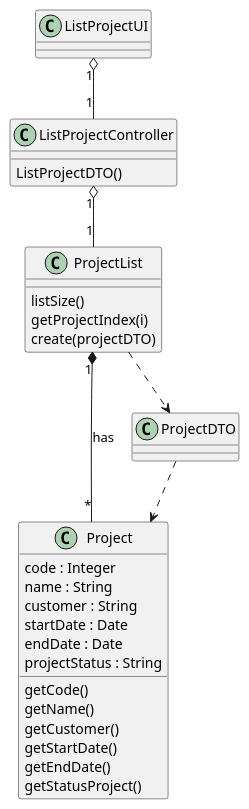
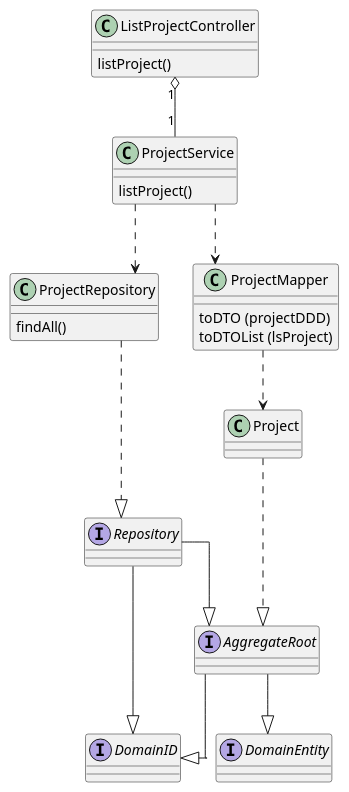
Before and after one commit to ivo-menezes/project_g3: the diagram in docs/modelling_design/user_stories/us015/US015_ListAllProjectsCD.puml, drawn with PlantUML.

Commit message:
US015: Design : Updated CD (addresses #84)

```diff
--- a/docs/modelling_design/user_stories/us015/US015_ListAllProjectsCD.puml
+++ b/docs/modelling_design/user_stories/us015/US015_ListAllProjectsCD.puml
@@ -1,41 +1,48 @@
 @startuml
+skinparam linetype ortho
 
-class ListProjectUI {}
-
-class ListProjectController{
-ListProjectDTO()
+class ListProjectController {
+listProject()
 }
 
-
-class Project {
-code : Integer
-name : String
-customer : String
-startDate : Date
-endDate : Date
-projectStatus : String
-getCode()
-getName()
-getCustomer()
-getStartDate()
-getEndDate()
-getStatusProject()
+class ProjectService {
+listProject()
 }
 
-class ProjectList {
-listSize()
-getProjectIndex(i)
-create(projectDTO)
+class ProjectRepository {
+findAll()
 }
 
-class ProjectDTO {
-
+class ProjectMapper {
+toDTO (projectDDD)
+toDTOList (lsProject)
 }
 
-ProjectList "1" *-- "*" Project : has
-ListProjectController "1" o-- "1" ProjectList
-ListProjectUI "1" o-- "1" ListProjectController
-ProjectList ..> ProjectDTO
-ProjectDTO ..> Project
+interface DomainID {
+}
+
+interface Repository {
+}
+
+interface AggregateRoot {
+}
+
+interface DomainEntity {
+}
+
+ListProjectController "1" o--"1" ProjectService
+ProjectService ..> ProjectMapper
+ProjectMapper ..> Project
+
+ProjectService ..> ProjectRepository
+
+ProjectRepository -..|> Repository
+Project -..|> AggregateRoot
+
+Repository --|> DomainID
+Repository --|> AggregateRoot
+AggregateRoot --|> DomainID
+AggregateRoot --|> DomainEntity
+
 
 @enduml
```
